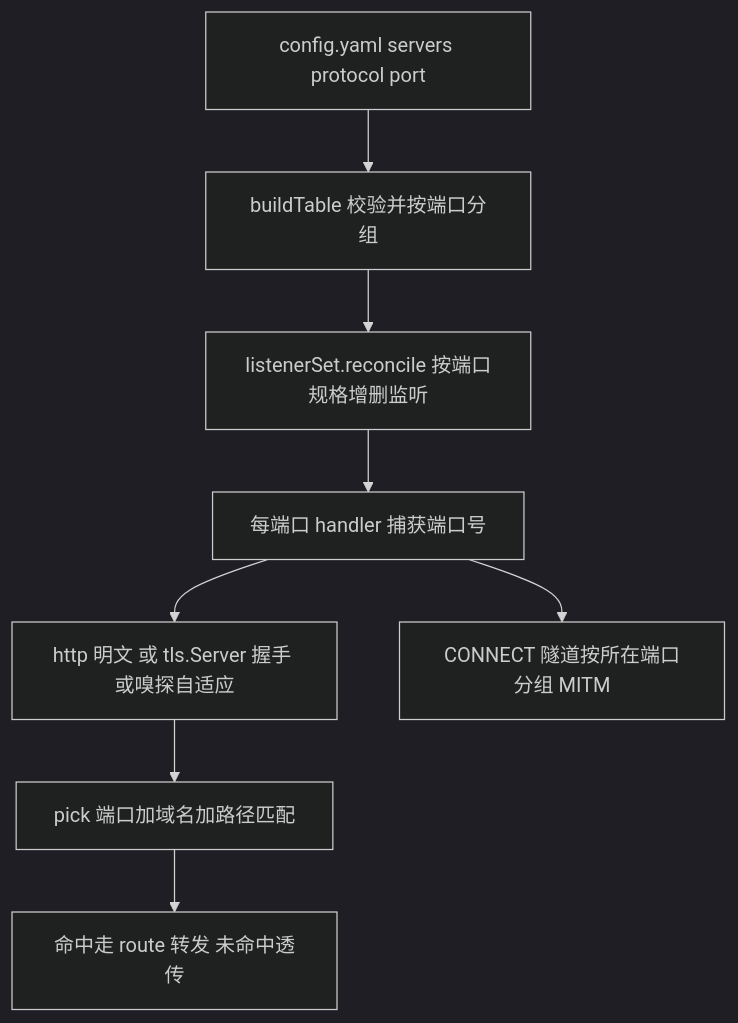
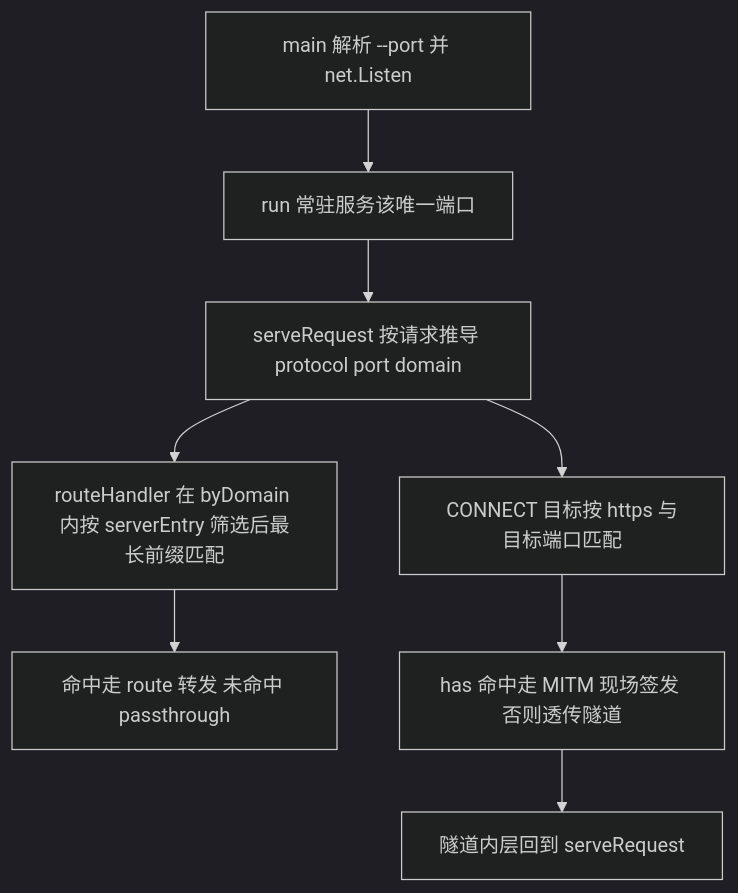
One commit to isunk/MyReverseProxy changed the diagram in .monkeycode/specs/server-port-protocol/design.md. Above: the diagram before and after it, drawn with Mermaid (dark theme). The commit also changed other lines of this file and 37 other files, not shown here.

````diff
--- a/.monkeycode/specs/server-port-protocol/design.md
+++ b/.monkeycode/specs/server-port-protocol/design.md
@@ -19,10 +21,10 @@
 ```mermaid
 graph TD
-    A["config.yaml servers protocol port"] --> B["buildTable 校验并按端口分组"]
-    B --> C["listenerSet.reconcile 按端口规格增删监听"]
-    C --> D["每端口 handler 捕获端口号"]
-    D --> E["http 明文 或 tls.Server 握手 或嗅探自适应"]
-    E --> F["pick 端口加域名加路径匹配"]
-    F --> G["命中走 route 转发 未命中透传"]
-    D --> H["CONNECT 隧道按所在端口分组 MITM"]
+    A["main 解析 --port 并 net.Listen"] --> B["run 常驻服务该唯一端口"]
+    B --> C["serveRequest 按请求推导 protocol port domain"]
+    C --> D["routeHandler 在 byDomain 内按 serverEntry 筛选后最长前缀匹配"]
+    D --> E["命中走 route 转发 未命中 passthrough"]
+    C --> F["CONNECT 目标按 https 与目标端口匹配"]
+    F --> G["has 命中走 MITM 现场签发 否则透传隧道"]
+    G --> H["隧道内层回到 serveRequest"]
 ```
````
